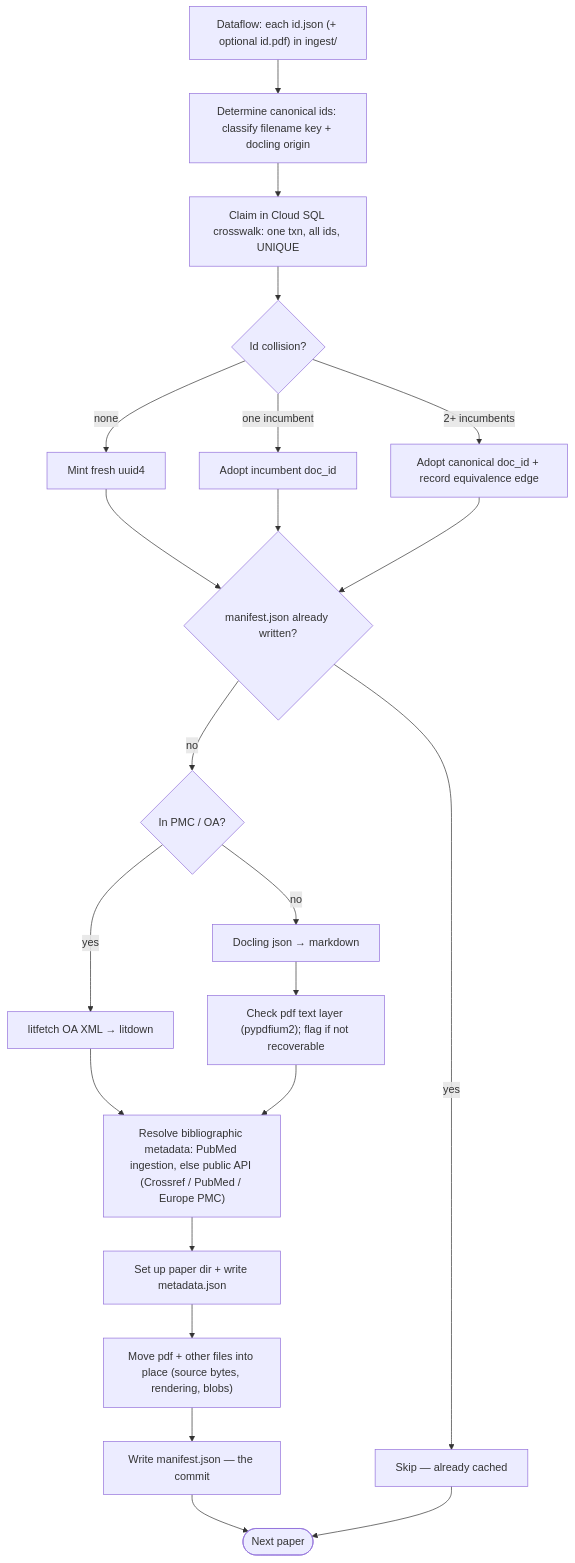
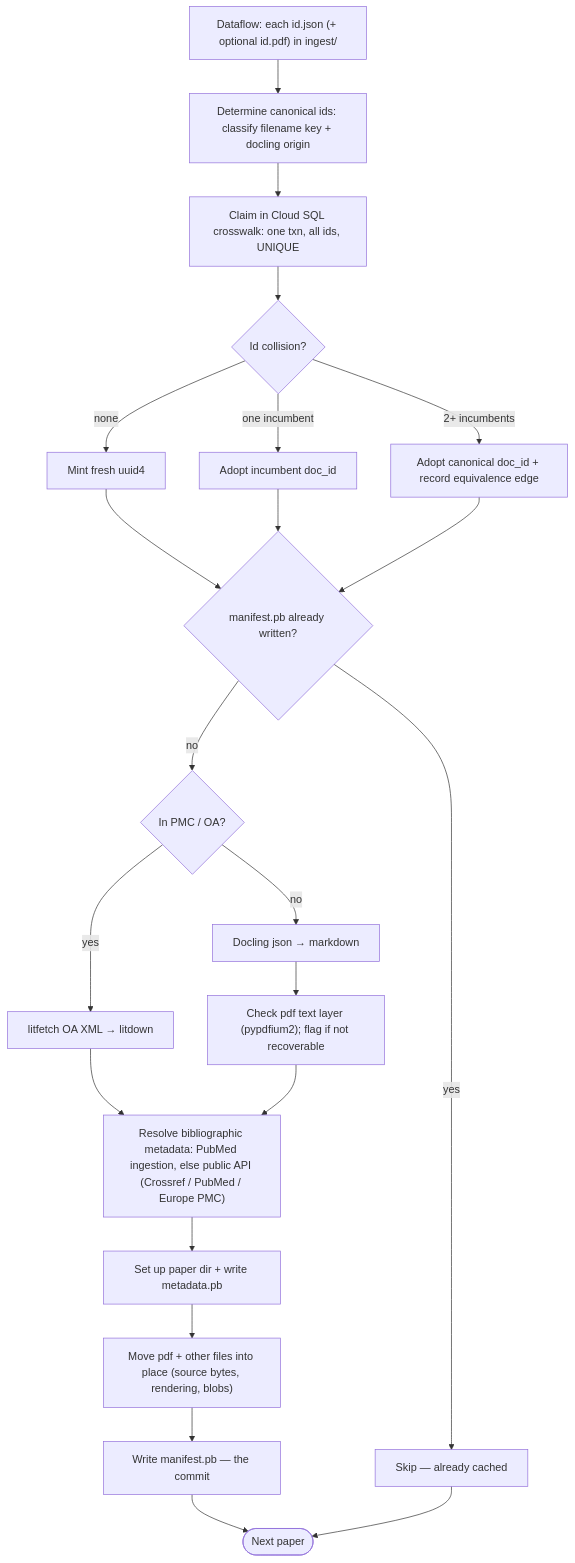
The diagram in docs/plans/literature-cache.md (populationgenomics/themis), drawn with Mermaid before and after one commit. The commit also changed other lines of this file and 4 other files, not shown here.

````diff
--- a/docs/plans/literature-cache.md
+++ b/docs/plans/literature-cache.md
@@ -324,24 +326,24 @@
 ```mermaid
 flowchart TD
   A["Dataflow: each id.json (+ optional id.pdf) in ingest/"] --> B["Determine canonical ids: classify filename key + docling origin"]
   B --> C["Claim in Cloud SQL crosswalk: one txn, all ids, UNIQUE"]
   C --> D{"Id collision?"}
   D -- none --> E["Mint fresh uuid4"]
   D -- "one incumbent" --> F["Adopt incumbent doc_id"]
   D -- "2+ incumbents" --> G["Adopt canonical doc_id + record equivalence edge"]
-  E --> H{"manifest.json already written?"}
+  E --> H{"manifest.pb already written?"}
   F --> H
   G --> H
   H -- yes --> Z["Skip — already cached"]
   H -- no --> I{"In PMC / OA?"}
   I -- yes --> J["litfetch OA XML → litdown"]
   I -- no --> K["Docling json → markdown"]
   K --> K2["Check pdf text layer (pypdfium2); flag if not recoverable"]
   J --> L["Resolve bibliographic metadata: PubMed ingestion, else public API (Crossref / PubMed / Europe PMC)"]
   K2 --> L
-  L --> M["Set up paper dir + write metadata.json"]
+  L --> M["Set up paper dir + write metadata.pb"]
   M --> N["Move pdf + other files into place (source bytes, rendering, blobs)"]
-  N --> O["Write manifest.json — the commit"]
+  N --> O["Write manifest.pb — the commit"]
   O --> P(["Next paper"])
   Z --> P
 ```
````
